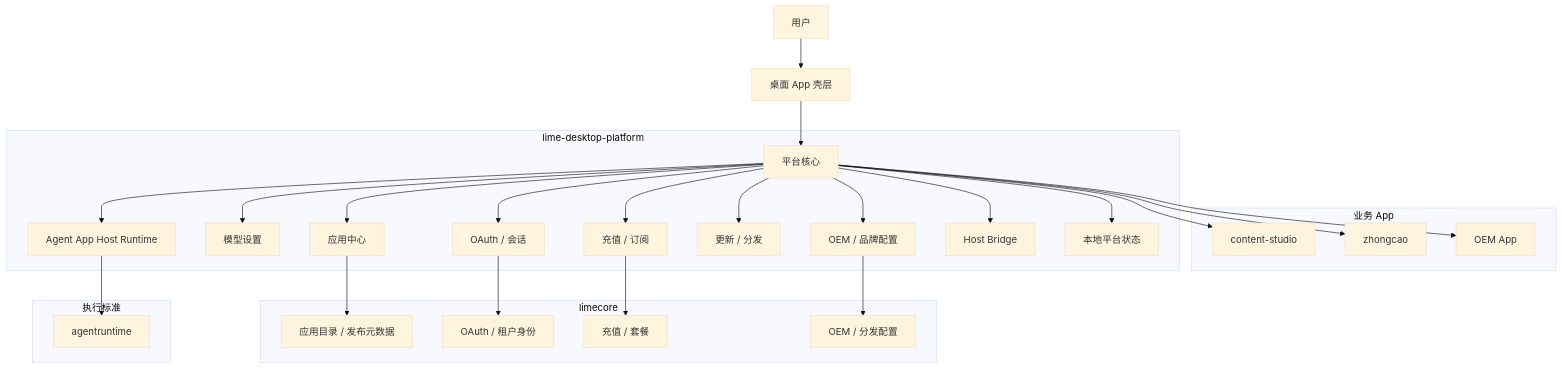
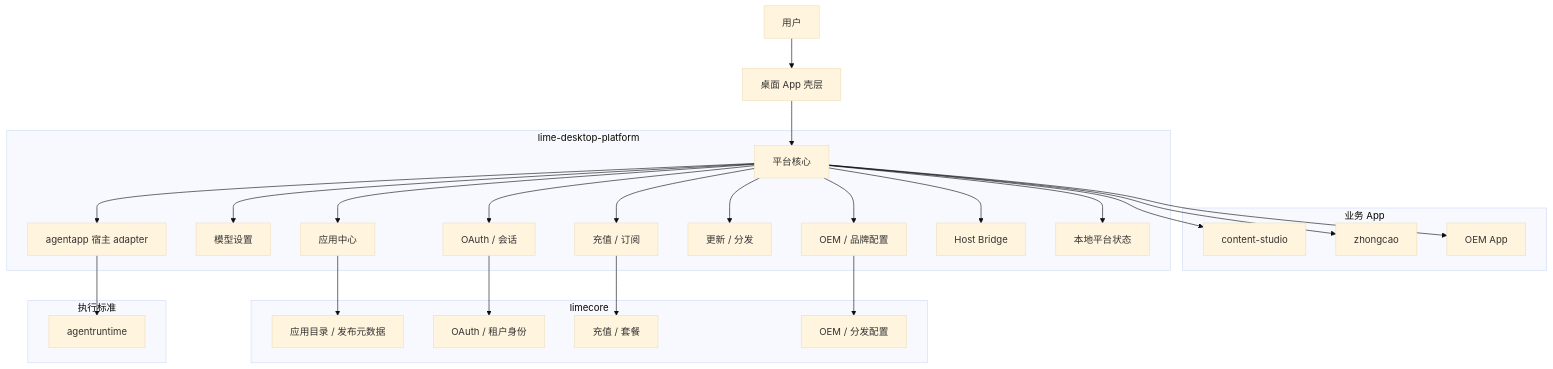
The first of 3 diagrams in docs/v1/prd.md (limecloud/lime-desktop-platform), drawn with Mermaid (base theme) before and after one commit. The commit also changed other lines of this file and 85 other files, not shown here.

````diff
--- a/docs/v1/prd.md
+++ b/docs/v1/prd.md
@@ -190,55 +213,55 @@
 ```mermaid
 flowchart TB
   User[用户] --> Shell[桌面 App 壳层]
 
   subgraph Apps[业务 App]
     CS[content-studio]
     ZC[zhongcao]
     OEM[OEM App]
   end
 
   subgraph Platform[lime-desktop-platform]
     Core[平台核心]
     Center[应用中心]
     Model[模型设置]
     Auth[OAuth / 会话]
     Billing[充值 / 订阅]
     OEMCfg[OEM / 品牌配置]
     Update[更新 / 分发]
-    HostRT[Agent App Host Runtime]
+    HostRT[agentapp 宿主 adapter]
     Bridge[Host Bridge]
     Store[本地平台状态]
   end
 
   subgraph Cloud[limecore]
     Catalog[应用目录 / 发布元数据]
     Identity[OAuth / 租户身份]
     BillingCloud[充值 / 套餐]
     OEMCloud[OEM / 分发配置]
   end
 
   subgraph Runtime[执行标准]
     AR[agentruntime]
   end
 
   Shell --> Core
   Core --> Center
   Core --> Model
   Core --> Auth
   Core --> Billing
   Core --> OEMCfg
   Core --> Update
   Core --> HostRT
   Core --> Bridge
   Core --> Store
 
   Center --> Catalog
   Auth --> Identity
   Billing --> BillingCloud
   OEMCfg --> OEMCloud
   HostRT --> AR
 
   Core --> CS
   Core --> ZC
   Core --> OEM
 ```
````
